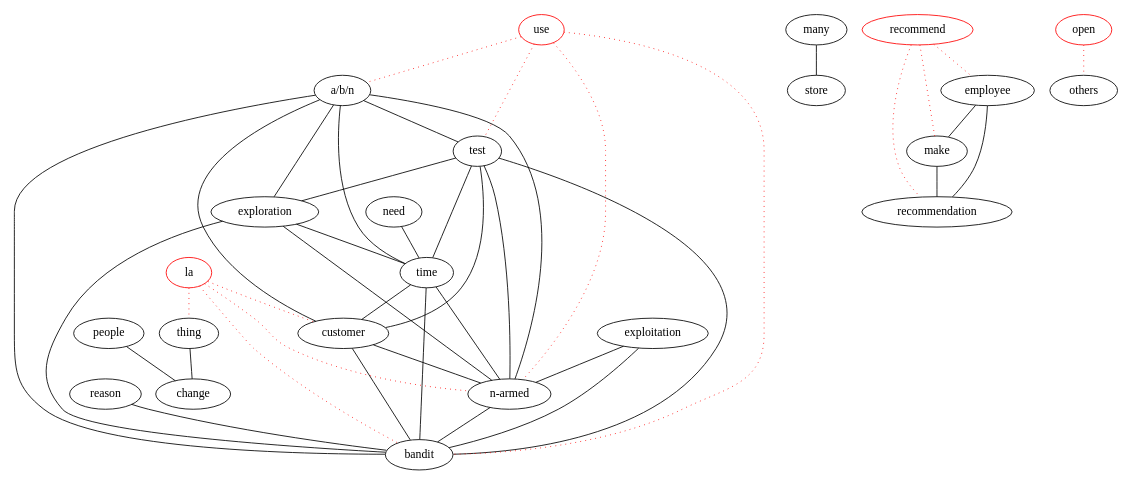
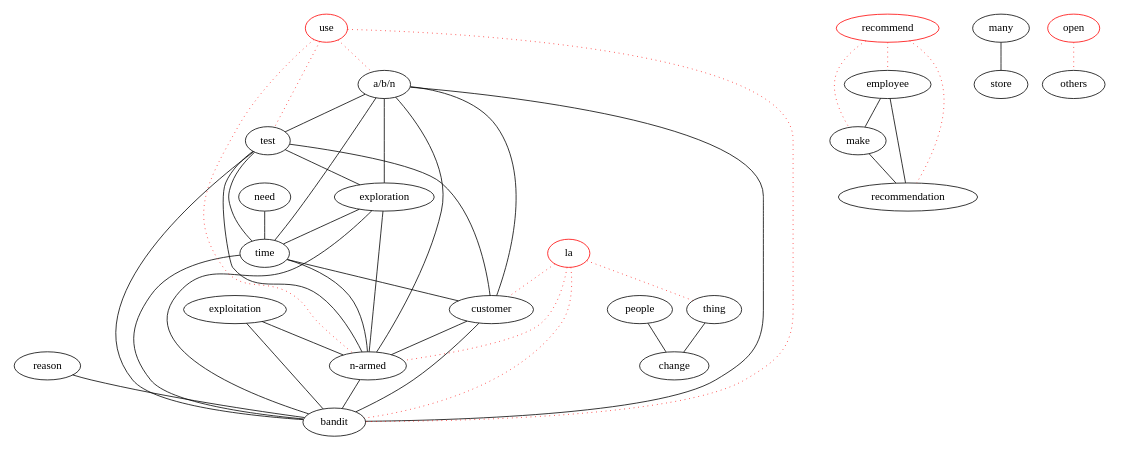
Before and after one commit to michaelweiss/keygraph: the diagram in dot/actions.dot, drawn with Graphviz. The commit also changed other lines of this file and 2 other files, not shown here.

```diff
--- a/dot/actions.dot
+++ b/dot/actions.dot
@@ -1,67 +1,67 @@
 graph keygraph {
 graph [size="10,10"]
-people [color="black"]
 "n-armed" [color="black"]
-thing [color="black"]
-store [color="black"]
+make [color="black"]
 many [color="black"]
 test [color="black"]
-exploration [color="black"]
-time [color="black"]
-make [color="black"]
-change [color="black"]
-"a/b/n" [color="black"]
-need [color="black"]
-bandit [color="black"]
 reason [color="black"]
 exploitation [color="black"]
+change [color="black"]
+bandit [color="black"]
+employee [color="black"]
+time [color="black"]
+need [color="black"]
+people [color="black"]
+"a/b/n" [color="black"]
 recommendation [color="black"]
-employee [color="black"]
+thing [color="black"]
+exploration [color="black"]
 customer [color="black"]
+store [color="black"]
 recommend [color="red"]
+la [color="red"]
 use [color="red"]
 open [color="red"]
-la [color="red"]
 reason--bandit
 employee--make
 employee--recommendation
 make--recommendation
 many--store
 "a/b/n"--exploration
 "a/b/n"--time
 "a/b/n"--customer
 test--exploration
 test--time
 test--customer
 people--change
 exploration--time
 need--time
 time--"n-armed"
 time--bandit
 customer--"n-armed"
 customer--bandit
 exploitation--"n-armed"
 exploitation--bandit
 thing--change
 exploration--"n-armed"
 exploration--bandit
 time--customer
 "a/b/n"--"n-armed"
 "a/b/n"--bandit
 test--"n-armed"
 test--bandit
 "a/b/n"--test
 "n-armed"--bandit
 la--customer [color="red", style="dotted"]
 recommend--employee [color="red", style="dotted"]
 recommend--make [color="red", style="dotted"]
 use--"n-armed" [color="red", style="dotted"]
 use--bandit [color="red", style="dotted"]
 open--others [color="red", style="dotted"]
 use--"a/b/n" [color="red", style="dotted"]
 use--test [color="red", style="dotted"]
 la--"n-armed" [color="red", style="dotted"]
 la--bandit [color="red", style="dotted"]
 recommend--recommendation [color="red", style="dotted"]
 la--thing [color="red", style="dotted"]
 }
```
